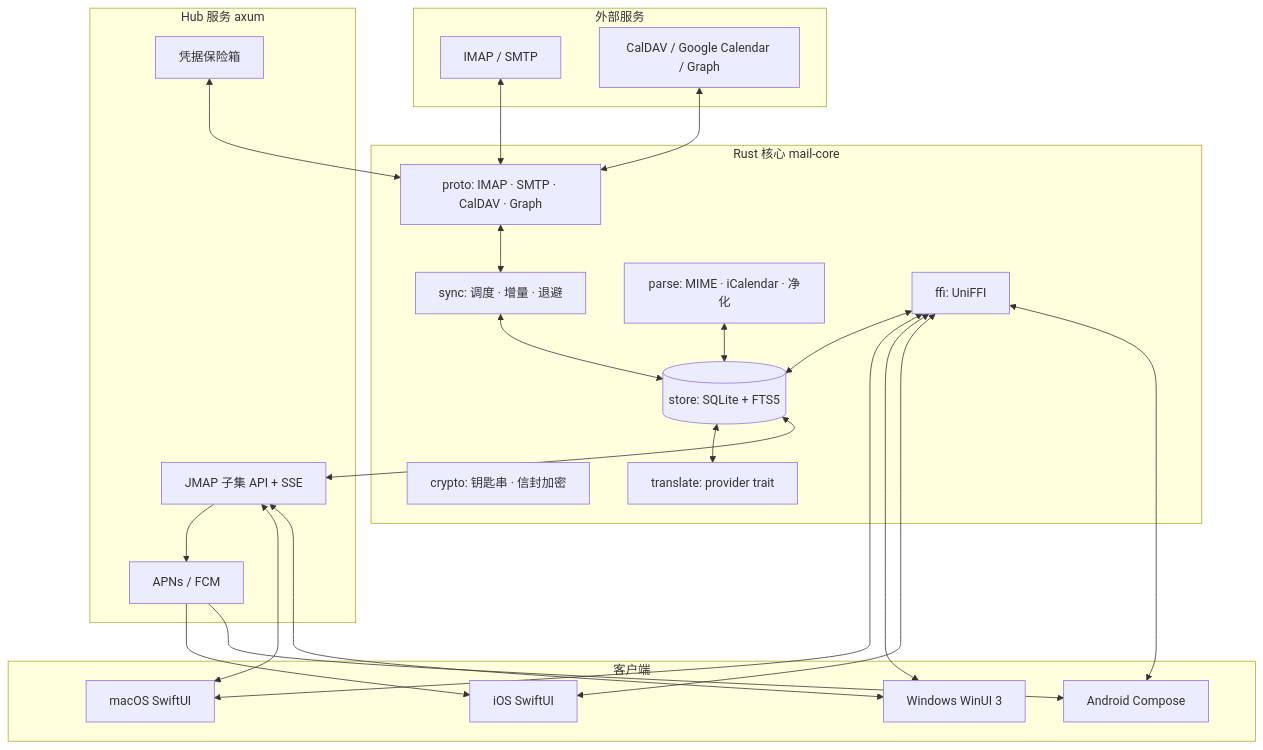
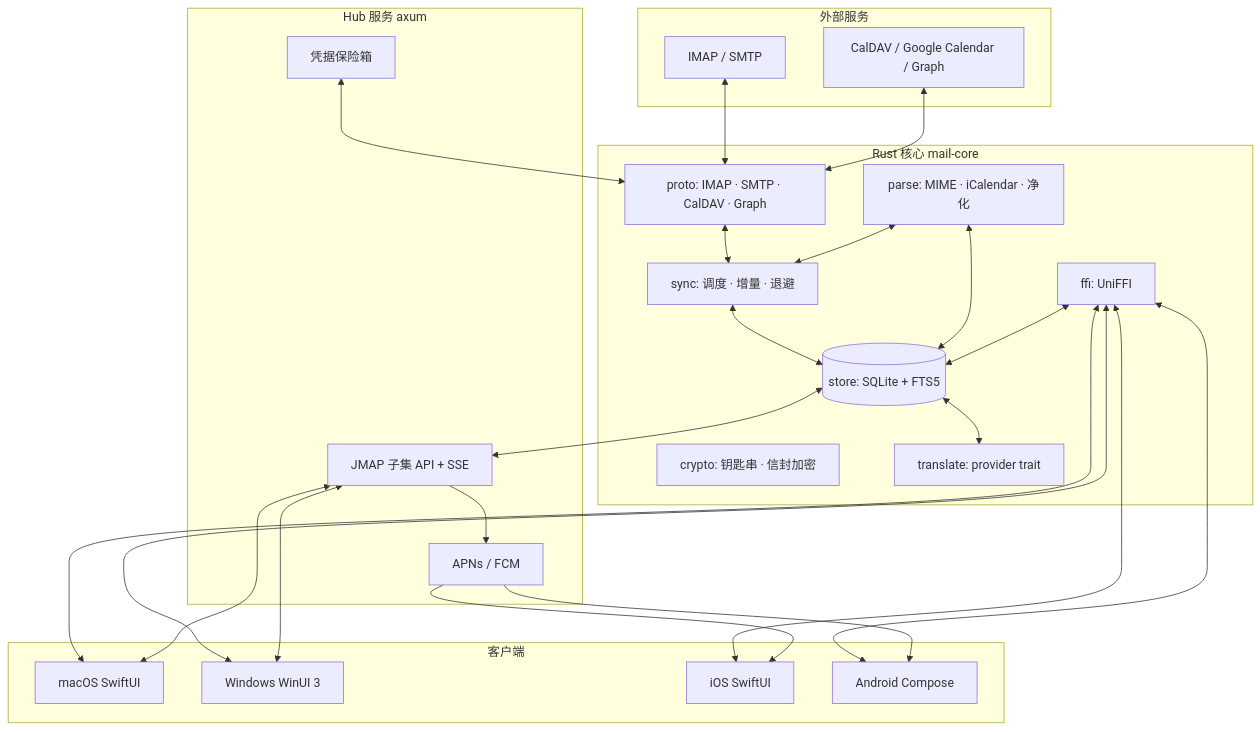
The diagram in docs/ARCHITECTURE.md (908652987/siskin), drawn with Mermaid before and after one commit. The commit also changed other lines of this file and 33 other files, not shown here.

````diff
--- a/docs/ARCHITECTURE.md
+++ b/docs/ARCHITECTURE.md
@@ -48,42 +48,43 @@
 ```mermaid
 flowchart TB
   subgraph Providers[外部服务]
     MAIL[IMAP / SMTP]
     CAL[CalDAV / Google Calendar / Graph]
   end
 
   subgraph Core[Rust 核心 mail-core]
     PROTO[proto: IMAP · SMTP · CalDAV · Graph]
     SYNC[sync: 调度 · 增量 · 退避]
     PARSE[parse: MIME · iCalendar · 净化]
     STORE[(store: SQLite + FTS5)]
     CRYPTO[crypto: 钥匙串 · 信封加密]
     XLATE[translate: provider trait]
     FFI[ffi: UniFFI]
   end
 
   subgraph Hub[Hub 服务 axum]
     API[JMAP 子集 API + SSE]
     PUSH[APNs / FCM]
     VAULT[凭据保险箱]
   end
 
   subgraph Clients[客户端]
     MAC[macOS SwiftUI]
     WIN[Windows WinUI 3]
     IOS[iOS SwiftUI]
     AND[Android Compose]
   end
 
   MAIL <--> PROTO
   CAL <--> PROTO
   PROTO <--> SYNC <--> STORE
   PARSE <--> STORE
+  PARSE <--> SYNC
   STORE <--> XLATE
   FFI <--> STORE
   FFI <--> MAC & WIN & IOS & AND
   STORE <--> API
   API --> PUSH --> IOS & AND
   API <--> MAC & WIN
   VAULT <--> PROTO
 ```
````
